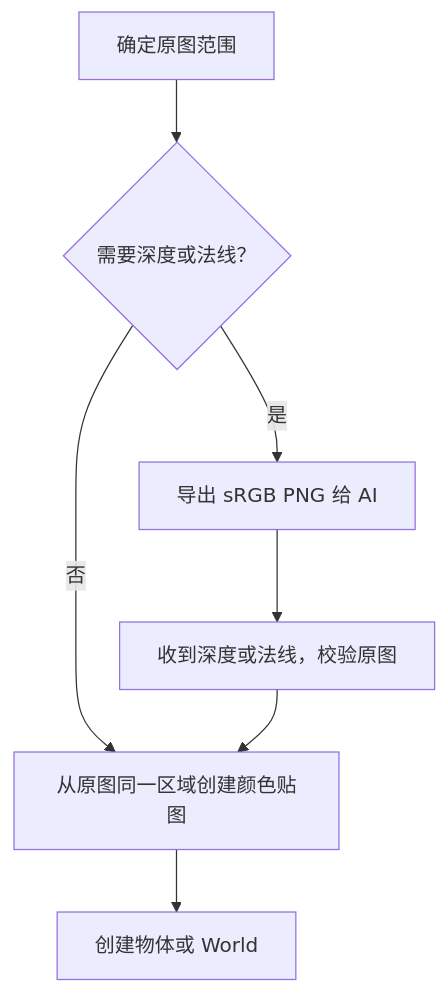
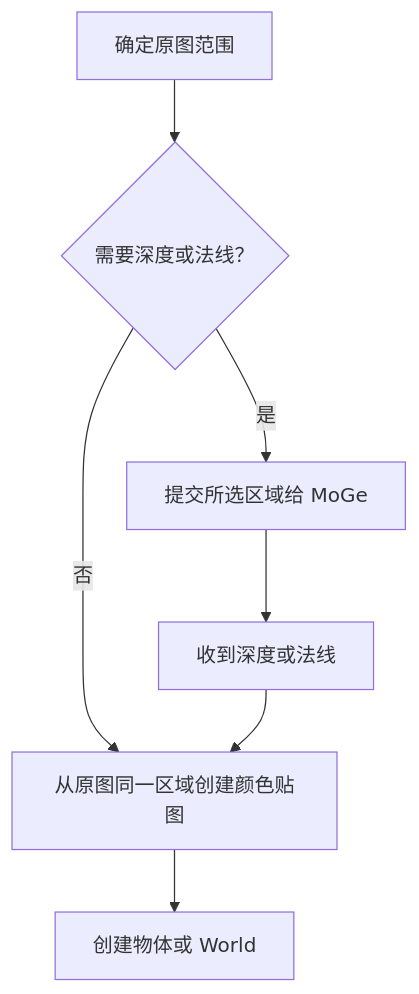
One commit to OmooLab/AnyImage changed the diagram in docs/develop/operators/index.md. Above: the diagram before and after it, drawn with Mermaid. The commit also changed other lines of this file and 145 other files, not shown here.

````diff
--- a/docs/develop/operators/index.md
+++ b/docs/develop/operators/index.md
@@ -7,9 +7,9 @@
 ```mermaid
 flowchart TD
     source["确定原图范围"] --> ai{"需要深度或法线？"}
     ai -->|否| color["从原图同一区域创建颜色贴图"]
-    ai -->|是| png["导出 sRGB PNG 给 AI"]
-    png --> geometry["收到深度或法线，校验原图"]
+    ai -->|是| input["提交所选区域给 MoGe"]
+    input --> geometry["收到深度或法线"]
     geometry --> color
     color --> result["创建物体或 World"]
 ```
````
